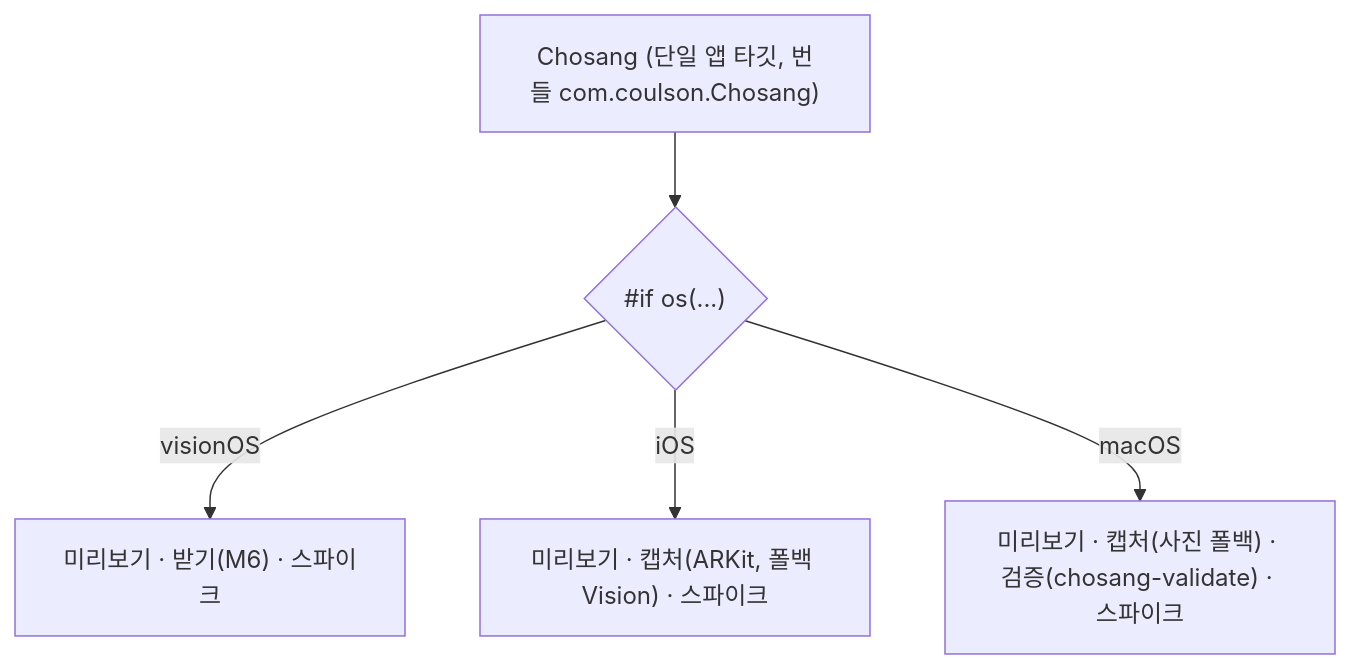
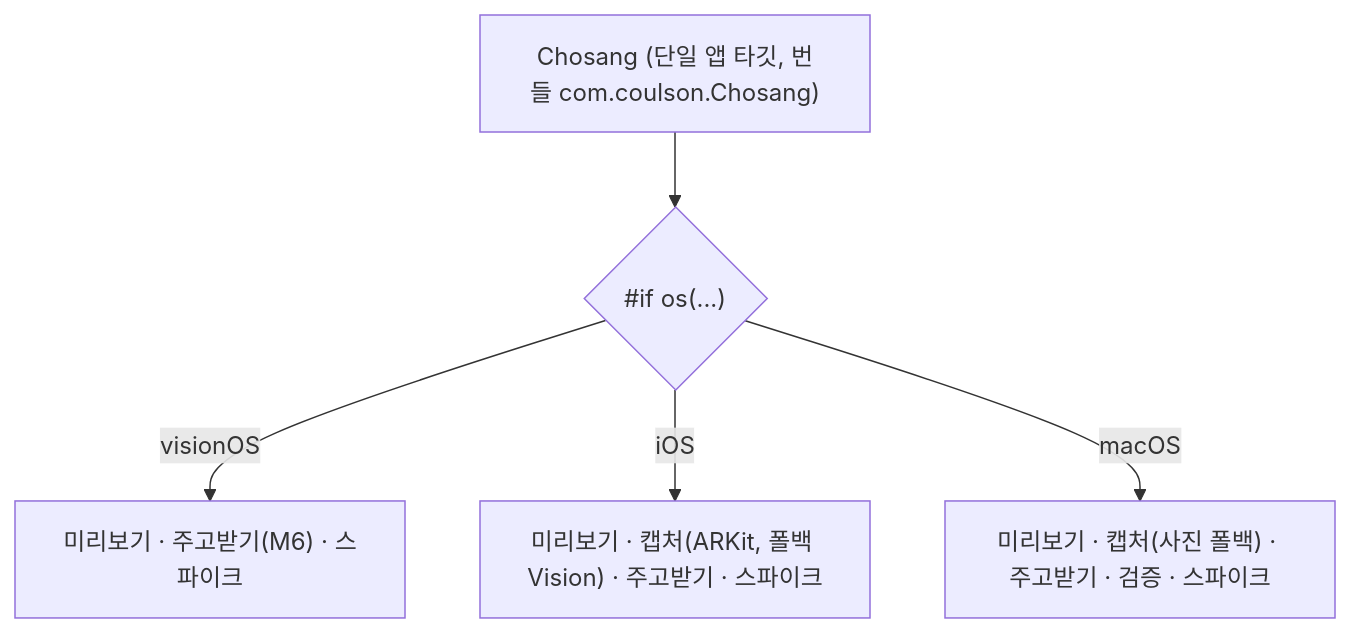
Before and after one commit to kimminung/Chosang: the third of 3 diagrams in README.md, drawn with Mermaid. The commit also changed other lines of this file and 34 other files, not shown here.

````diff
--- a/README.md
+++ b/README.md
@@ -80,7 +98,7 @@
 ```mermaid
 flowchart TD
     App["Chosang (단일 앱 타깃, 번들 com.coulson.Chosang)"] --> OS{"#if os(...)"}
-    OS -->|visionOS| V["미리보기 · 받기(M6) · 스파이크"]
-    OS -->|iOS| I["미리보기 · 캡처(ARKit, 폴백 Vision) · 스파이크"]
-    OS -->|macOS| M["미리보기 · 캡처(사진 폴백) · 검증(chosang-validate) · 스파이크"]
+    OS -->|visionOS| V["미리보기 · 주고받기(M6) · 스파이크"]
+    OS -->|iOS| I["미리보기 · 캡처(ARKit, 폴백 Vision) · 주고받기 · 스파이크"]
+    OS -->|macOS| M["미리보기 · 캡처(사진 폴백) · 주고받기 · 검증 · 스파이크"]
 ```
````
